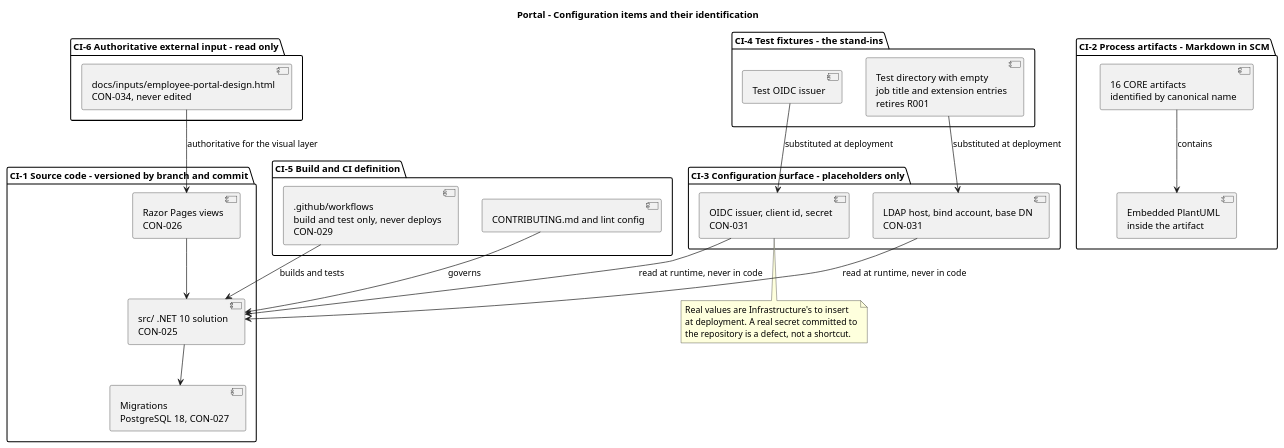
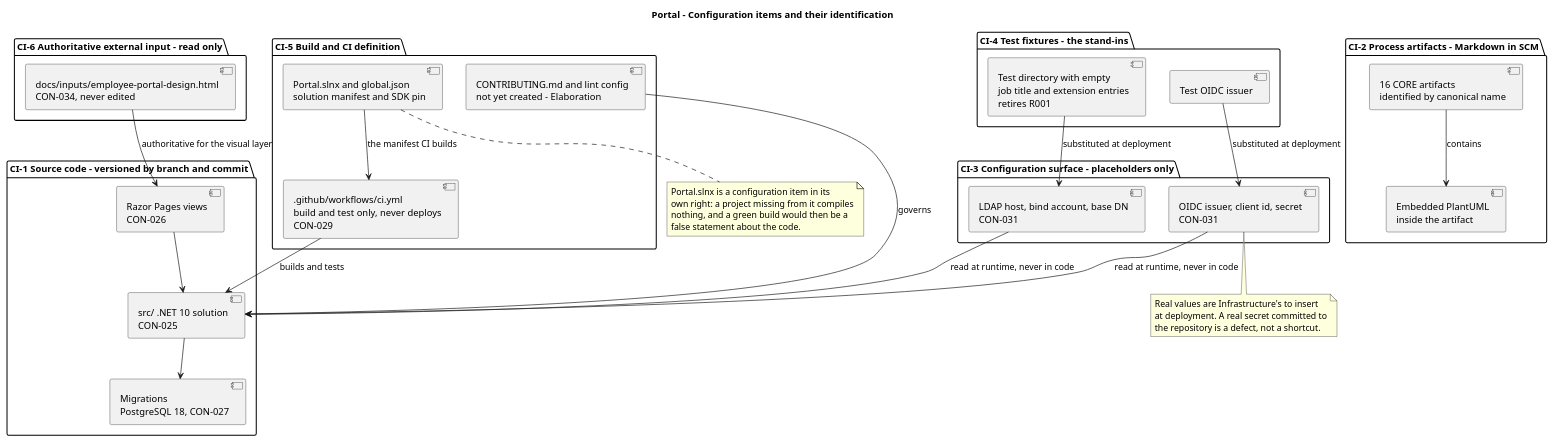
The first of 7 diagrams in docs/BRANCHING_STRATEGY.md (banense-test/portal), drawn with PlantUML before and after one commit. The commit also changed other lines of this file, not shown here.

````diff
--- a/docs/BRANCHING_STRATEGY.md
+++ b/docs/BRANCHING_STRATEGY.md
@@ -15,52 +15,61 @@
 ```plantuml
 @startuml
 title Portal - Configuration items and their identification
 
 package "CI-1 Source code - versioned by branch and commit" {
   [src/ .NET 10 solution\nCON-025] as SRC
   [Razor Pages views\nCON-026] as VIEWS
   [Migrations\nPostgreSQL 18, CON-027] as MIG
 }
 
 package "CI-2 Process artifacts - Markdown in SCM" {
   [16 CORE artifacts\nidentified by canonical name] as ART
   [Embedded PlantUML\ninside the artifact] as UML
 }
 
 package "CI-3 Configuration surface - placeholders only" {
   [OIDC issuer, client id, secret\nCON-031] as CFG_OIDC
   [LDAP host, bind account, base DN\nCON-031] as CFG_LDAP
 }
 
 package "CI-4 Test fixtures - the stand-ins" {
   [Test OIDC issuer] as STUB_OIDC
   [Test directory with empty\njob title and extension entries\nretires R001] as STUB_LDAP
 }
 
 package "CI-5 Build and CI definition" {
-  [.github/workflows\nbuild and test only, never deploys\nCON-029] as CI
-  [CONTRIBUTING.md and lint config] as LINT
+  [.github/workflows/ci.yml\nbuild and test only, never deploys\nCON-029] as CI
+  [Portal.slnx and global.json\nsolution manifest and SDK pin] as MANIFEST
+  [CONTRIBUTING.md and lint config\nnot yet created - Elaboration] as LINT
 }
 
 package "CI-6 Authoritative external input - read only" {
   [docs/inputs/employee-portal-design.html\nCON-034, never edited] as DESIGN
 }
 
 SRC --> MIG
 VIEWS --> SRC
 CFG_OIDC --> SRC : read at runtime, never in code
 CFG_LDAP --> SRC : read at runtime, never in code
 STUB_OIDC --> CFG_OIDC : substituted at deployment
 STUB_LDAP --> CFG_LDAP : substituted at deployment
 CI --> SRC : builds and tests
+MANIFEST --> CI : the manifest CI builds
 LINT --> SRC : governs
 DESIGN --> VIEWS : authoritative for the visual layer
 ART --> UML : contains
 
 note bottom of CFG_OIDC
   Real values are Infrastructure's to insert
   at deployment. A real secret committed to
   the repository is a defect, not a shortcut.
 end note
+
+note bottom of MANIFEST
+  Portal.slnx is a configuration item in its
+  own right: a project missing from it compiles
+  nothing, and a green build would then be a
+  false statement about the code.
+end note
 @enduml
 ```
````
